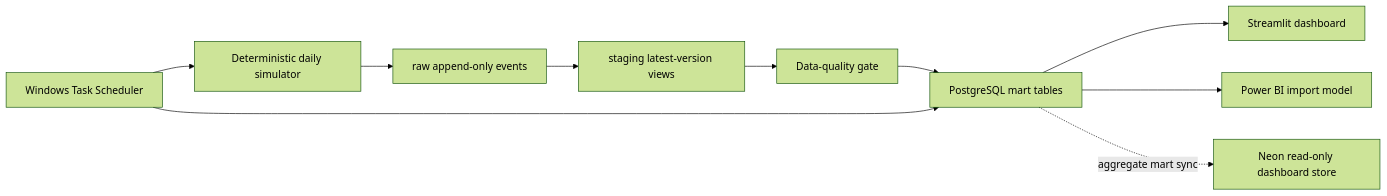
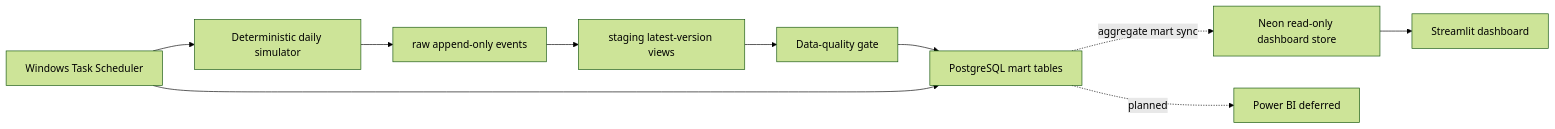
Before and after one commit to BestYlay/automated-fintech-kpi-pipeline: the diagram in README.md, drawn with Mermaid (forest theme). The commit also changed other lines of this file and 5 other files, not shown here.

````diff
--- a/README.md
+++ b/README.md
@@ -26,12 +32,12 @@
 ```mermaid
 flowchart LR
     A[Deterministic daily simulator] --> B[raw append-only events]
     B --> C[staging latest-version views]
     C --> D[Data-quality gate]
     D --> E[PostgreSQL mart tables]
-    E --> F[Streamlit dashboard]
-    E --> G[Power BI import model]
+    I --> F[Streamlit dashboard]
+    E -. planned .-> G[Power BI deferred]
     H[Windows Task Scheduler] --> A
     E -. aggregate mart sync .-> I[Neon read-only dashboard store]
     H --> E
 ```
````
